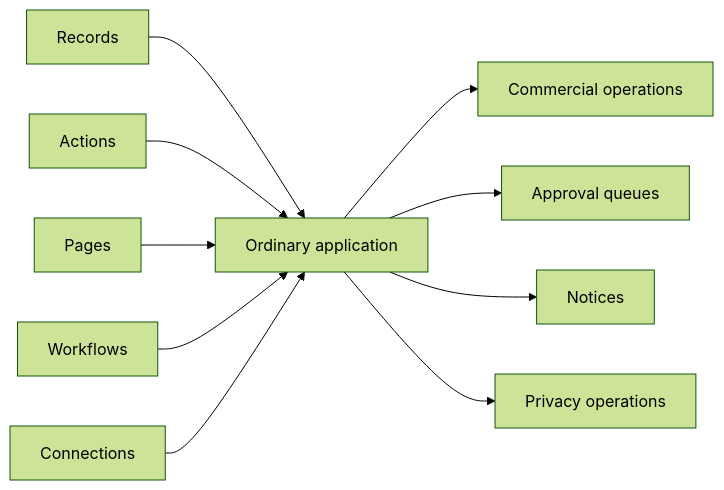
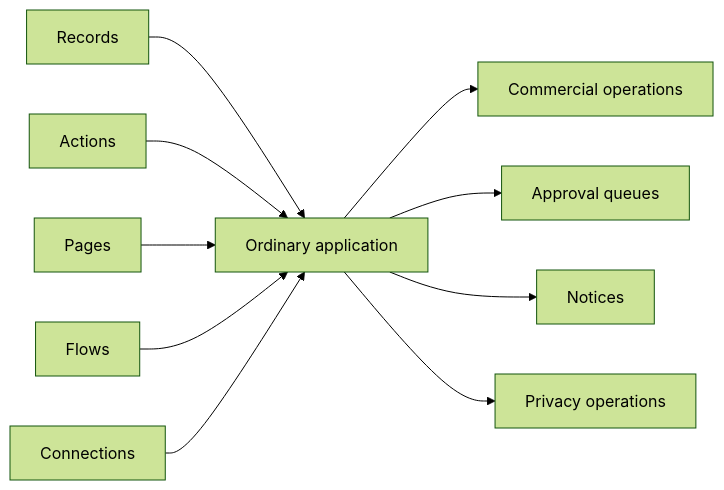
Before and after one commit to Abzum-NZ/Abzum-Vortex: the second of 2 diagrams in docs/specification/appendices/core-contract-boundary.md, drawn with Mermaid (forest theme). The commit also changed other lines of this file and 23 other files, not shown here.

````diff
--- a/docs/specification/appendices/core-contract-boundary.md
+++ b/docs/specification/appendices/core-contract-boundary.md
@@ -127,12 +126,12 @@
 ```mermaid
 flowchart LR
     R[Records] --> APP[Ordinary application]
     A[Actions] --> APP
     P[Pages] --> APP
-    W[Workflows] --> APP
+    W[Flows] --> APP
     C[Connections] --> APP
     APP --> B[Commercial operations]
     APP --> Q[Approval queues]
     APP --> N[Notices]
     APP --> PR[Privacy operations]
 ```
````
